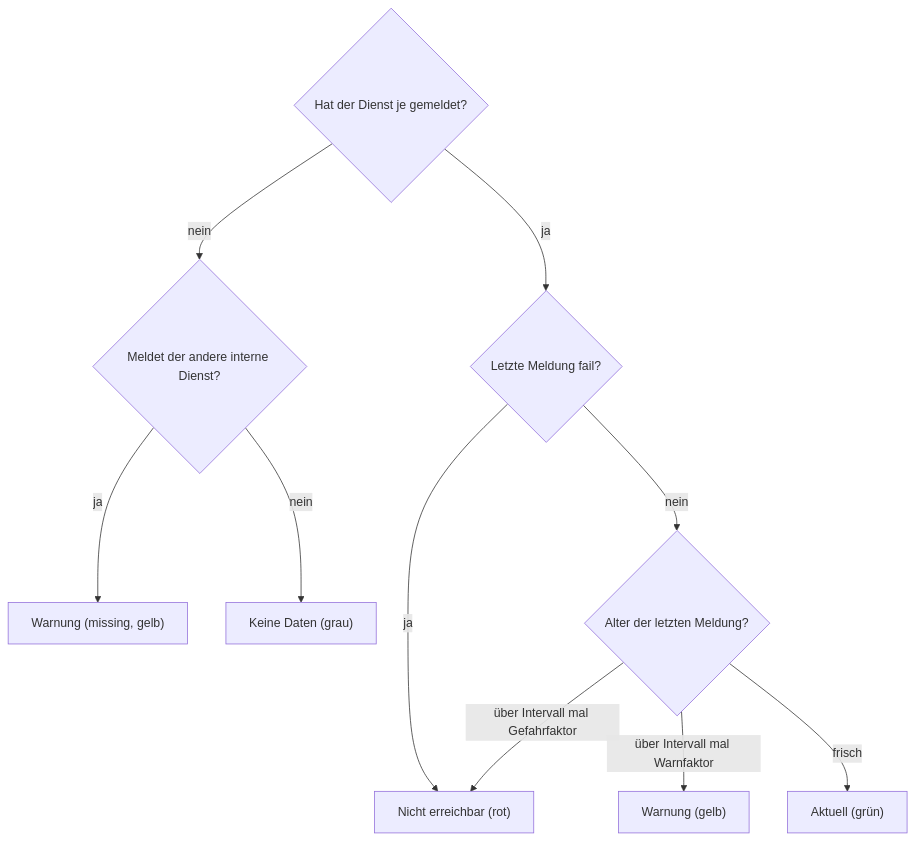
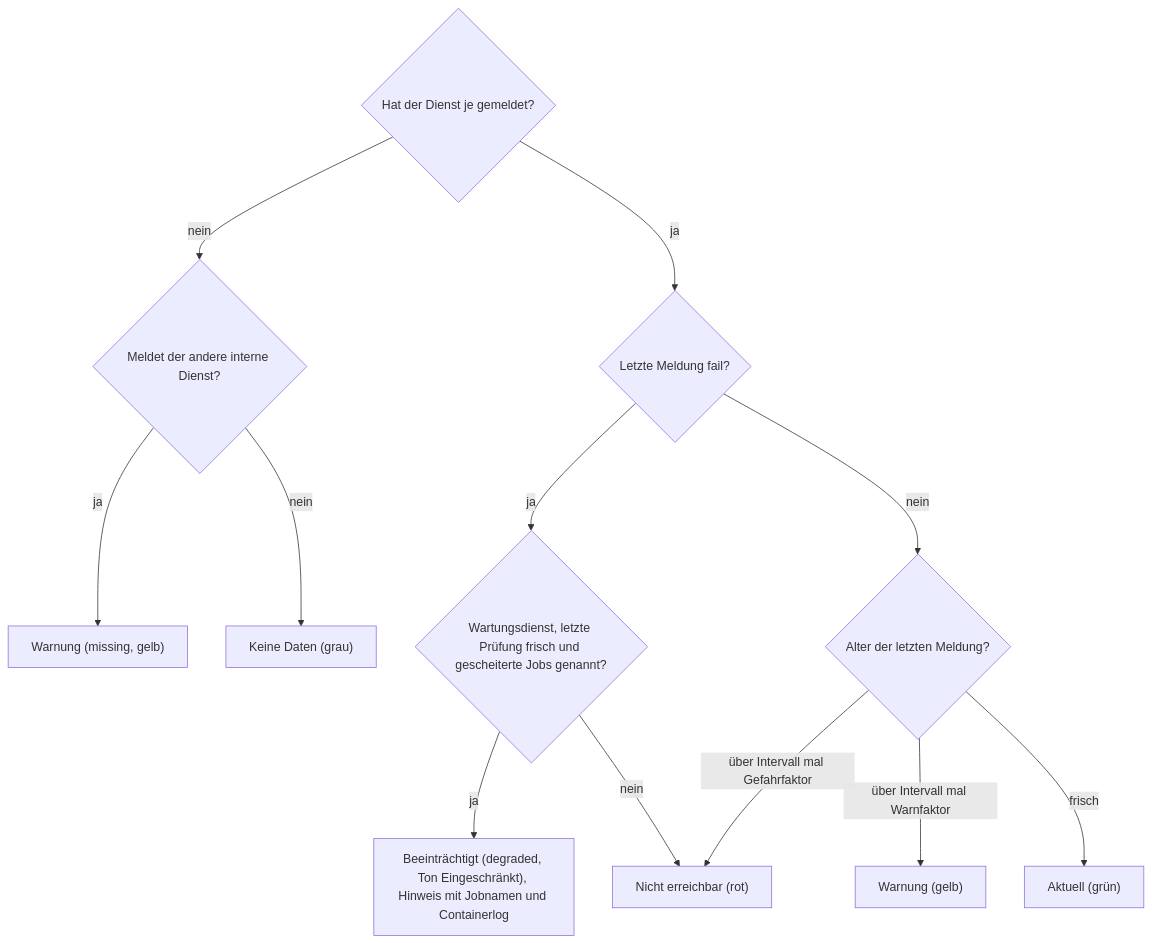
Before and after one commit to Samy94M/VirtuSphere-v2-WebApp: diagram 13 of 13 in docs/operations/system-status-checks.md, drawn with Mermaid. The commit also changed other lines of this file and 24 other files, not shown here.

````diff
--- a/docs/operations/system-status-checks.md
+++ b/docs/operations/system-status-checks.md
@@ -369,12 +371,14 @@
 ```mermaid
 flowchart TD
   A{"Hat der Dienst je gemeldet?"} -->|nein| A1{"Meldet der andere interne Dienst?"}
   A1 -->|ja| MI["Warnung (missing, gelb)"]
   A1 -->|nein| UK["Keine Daten (grau)"]
   A -->|ja| B{"Letzte Meldung fail?"}
-  B -->|ja| RD["Nicht erreichbar (rot)"]
+  B -->|ja| WD{"Wartungsdienst, letzte Prüfung frisch und gescheiterte Jobs genannt?"}
+  WD -->|ja| DG["Beeinträchtigt (degraded, Ton Eingeschränkt), Hinweis mit Jobnamen und Containerlog"]
+  WD -->|nein| RD["Nicht erreichbar (rot)"]
   B -->|nein| C{"Alter der letzten Meldung?"}
   C -->|über Intervall mal Gefahrfaktor| RD
   C -->|über Intervall mal Warnfaktor| YL["Warnung (gelb)"]
   C -->|frisch| GR["Aktuell (grün)"]
 ```
````
